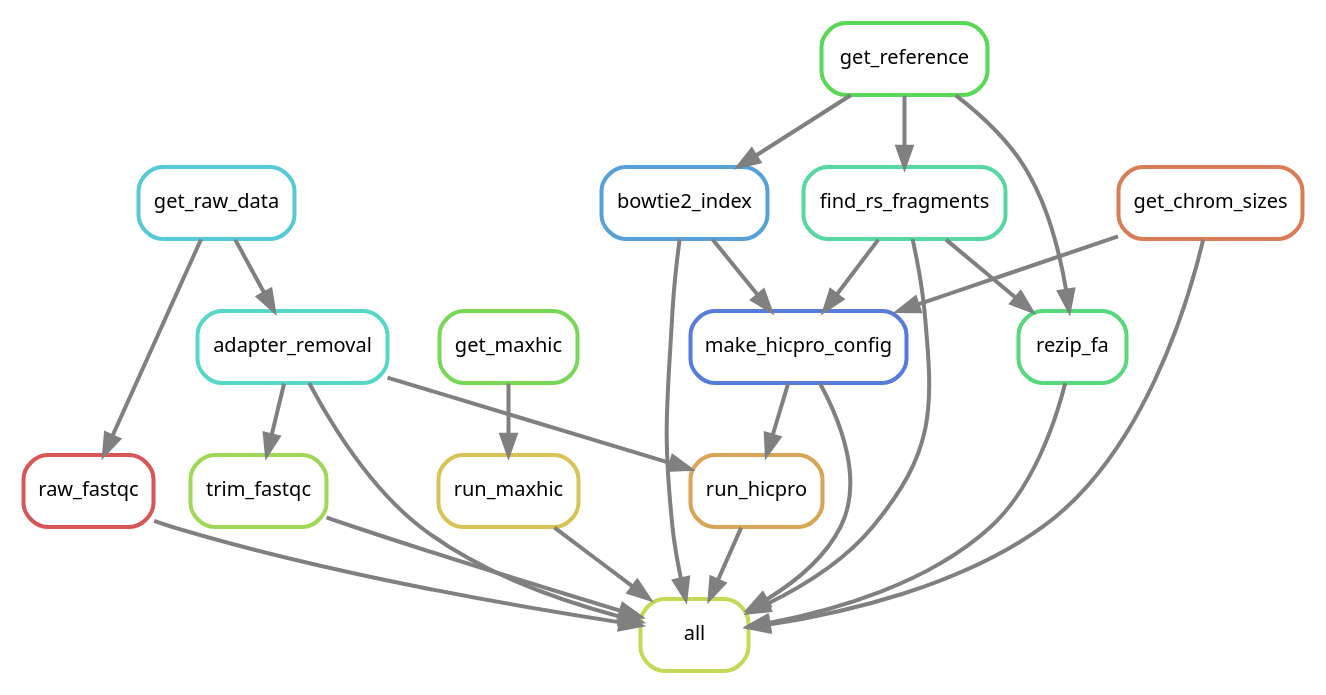
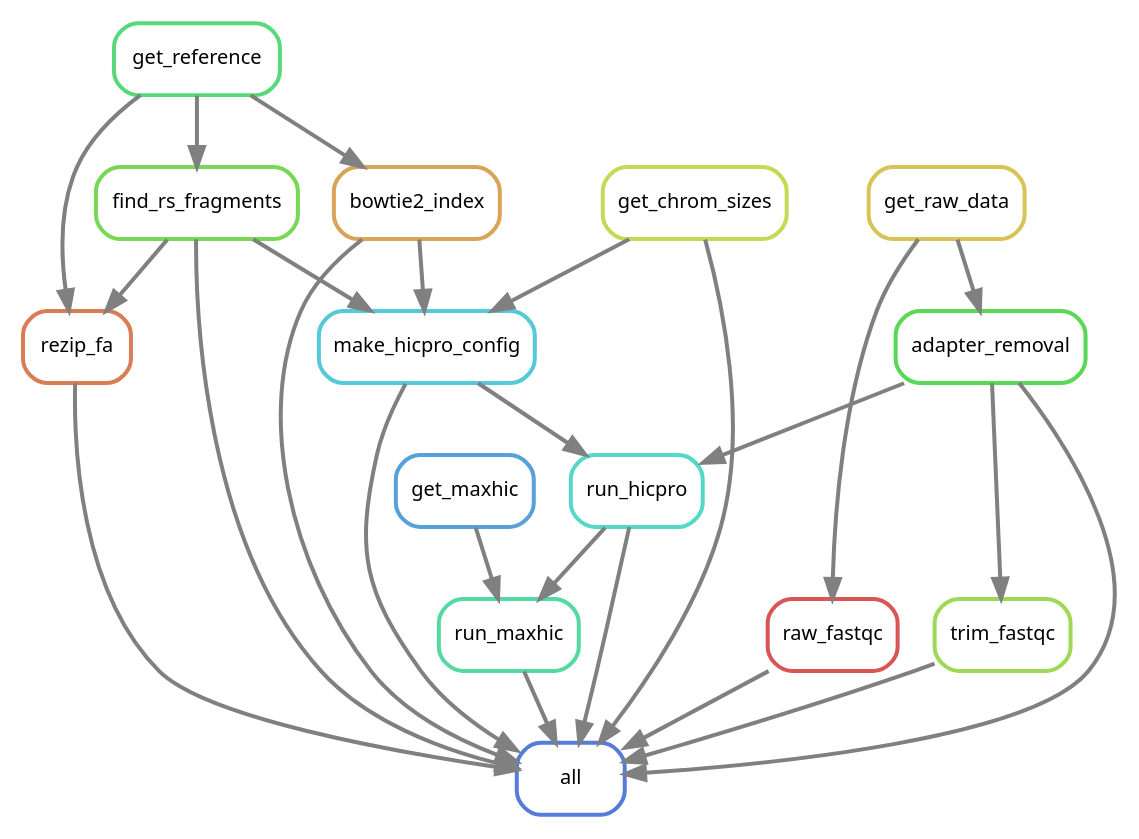
One commit to DRMCRL/ENCODE_T47D_HiC_ENCSR549MGQ changed the diagram in output/rulegraph.dot. Above: the diagram before and after it, drawn with Graphviz. The commit also changed 1 other file, not shown here.

```diff
--- a/output/rulegraph.dot
+++ b/output/rulegraph.dot
@@ -1,42 +1,43 @@
 digraph snakemake_dag {
     graph[bgcolor=white, margin=0];
     node[shape=box, style=rounded, fontname=sans,                 fontsize=10, penwidth=2];
     edge[penwidth=2, color=grey];
-	0[label = "all", color = "0.19 0.6 0.85", style="rounded"];
-	1[label = "run_hicpro", color = "0.10 0.6 0.85", style="rounded"];
-	2[label = "trim_fastqc", color = "0.24 0.6 0.85", style="rounded"];
-	3[label = "run_maxhic", color = "0.14 0.6 0.85", style="rounded"];
-	4[label = "adapter_removal", color = "0.48 0.6 0.85", style="rounded"];
-	5[label = "raw_fastqc", color = "0.00 0.6 0.85", style="rounded"];
-	6[label = "bowtie2_index", color = "0.57 0.6 0.85", style="rounded"];
-	7[label = "find_rs_fragments", color = "0.43 0.6 0.85", style="rounded"];
-	8[label = "rezip_fa", color = "0.38 0.6 0.85", style="rounded"];
-	9[label = "get_chrom_sizes", color = "0.05 0.6 0.85", style="rounded"];
-	10[label = "make_hicpro_config", color = "0.62 0.6 0.85", style="rounded"];
-	11[label = "get_maxhic", color = "0.29 0.6 0.85", style="rounded"];
-	12[label = "get_raw_data", color = "0.52 0.6 0.85", style="rounded"];
-	13[label = "get_reference", color = "0.33 0.6 0.85", style="rounded"];
+	0[label = "all", color = "0.62 0.6 0.85", style="rounded"];
+	1[label = "trim_fastqc", color = "0.24 0.6 0.85", style="rounded"];
+	2[label = "run_hicpro", color = "0.48 0.6 0.85", style="rounded"];
+	3[label = "adapter_removal", color = "0.33 0.6 0.85", style="rounded"];
+	4[label = "raw_fastqc", color = "0.00 0.6 0.85", style="rounded"];
+	5[label = "bowtie2_index", color = "0.10 0.6 0.85", style="rounded"];
+	6[label = "get_chrom_sizes", color = "0.19 0.6 0.85", style="rounded"];
+	7[label = "run_maxhic", color = "0.43 0.6 0.85", style="rounded"];
+	8[label = "find_rs_fragments", color = "0.29 0.6 0.85", style="rounded"];
+	9[label = "make_hicpro_config", color = "0.52 0.6 0.85", style="rounded"];
+	10[label = "rezip_fa", color = "0.05 0.6 0.85", style="rounded"];
+	11[label = "get_raw_data", color = "0.14 0.6 0.85", style="rounded"];
+	12[label = "get_reference", color = "0.38 0.6 0.85", style="rounded"];
+	13[label = "get_maxhic", color = "0.57 0.6 0.85", style="rounded"];
+	4 -> 0
+	10 -> 0
 	5 -> 0
+	6 -> 0
+	1 -> 0
+	8 -> 0
+	3 -> 0
+	7 -> 0
+	2 -> 0
 	9 -> 0
-	1 -> 0
-	3 -> 0
-	2 -> 0
-	8 -> 0
-	7 -> 0
-	4 -> 0
-	6 -> 0
-	10 -> 0
-	4 -> 1
-	10 -> 1
-	4 -> 2
+	3 -> 1
+	3 -> 2
+	9 -> 2
 	11 -> 3
-	12 -> 4
+	11 -> 4
 	12 -> 5
-	13 -> 6
+	2 -> 7
 	13 -> 7
-	13 -> 8
-	7 -> 8
-	6 -> 10
-	9 -> 10
-	7 -> 10
+	12 -> 8
+	6 -> 9
+	8 -> 9
+	5 -> 9
+	12 -> 10
+	8 -> 10
 }            
```
